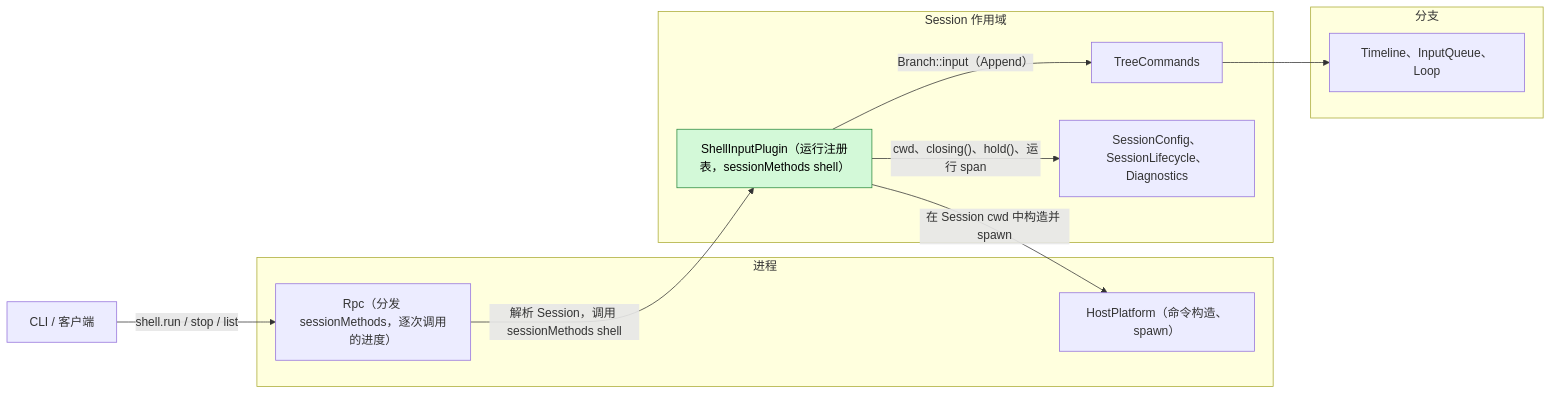
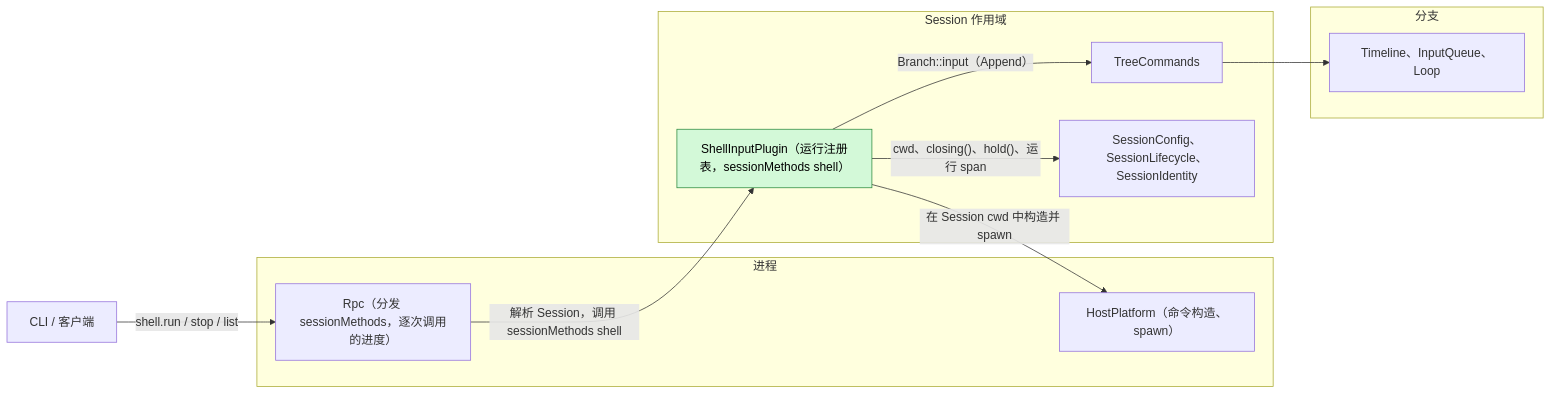
One commit to CoutinhoTTS/dim-agent changed the first of 3 diagrams in docs/zh/design/plugins/ShellInput.md. Above: the diagram before and after it, drawn with Mermaid. The commit also changed other lines of this file and 23 other files, not shown here.

First line of the commit message:
docs: retire the trace archive from the design and architecture pages

````diff
--- a/docs/zh/design/plugins/ShellInput.md
+++ b/docs/zh/design/plugins/ShellInput.md
@@ -9,23 +9,23 @@
 ```mermaid
 flowchart LR
   CLI["CLI / 客户端"]
   subgraph P["进程"]
     RPC["Rpc（分发 sessionMethods，逐次调用的进度）"]
     HP["HostPlatform（命令构造、spawn）"]
   end
   subgraph S["Session 作用域"]
     SI["ShellInputPlugin（运行注册表，sessionMethods shell）"]:::new
     TC["TreeCommands"]
-    SS["SessionConfig、SessionLifecycle、Diagnostics"]
+    SS["SessionConfig、SessionLifecycle、SessionIdentity"]
   end
   subgraph B["分支"]
     IQ["Timeline、InputQueue、Loop"]
   end
   CLI -- "shell.run / stop / list" --> RPC
   RPC -- "解析 Session，调用 sessionMethods shell" --> SI
   SI -- "在 Session cwd 中构造并 spawn" --> HP
   SI -- "Branch::input（Append）" --> TC
   TC --> IQ
   SI -- "cwd、closing()、hold()、运行 span" --> SS
   classDef new fill:#d3f9d8,stroke:#2b8a3e,color:#000
 ```
````
